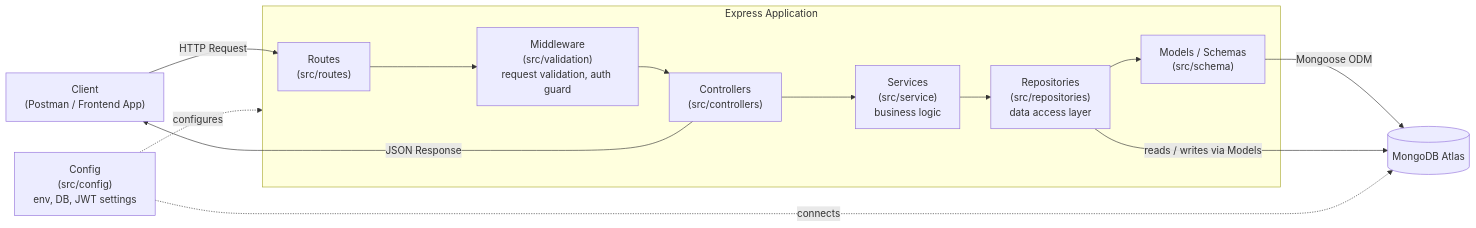
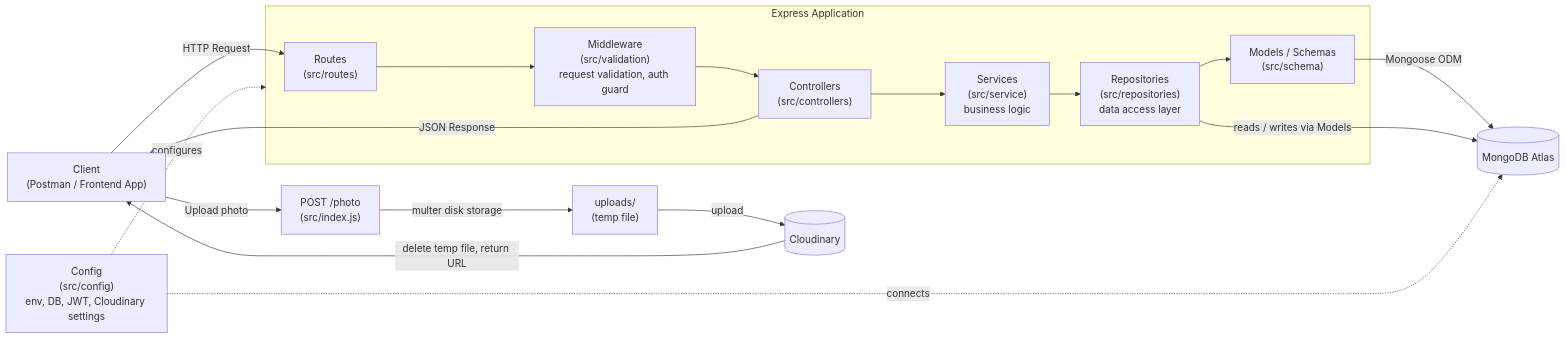
The diagram in README.md (samsang-59/Pizza_APP_BACKEND), drawn with Mermaid before and after one commit. The commit also changed other lines of this file and 9 other files, not shown here.

First line of the commit message:
Add Cloudinary image upload and start Product schema

````diff
--- a/README.md
+++ b/README.md
@@ -35,19 +36,24 @@
 ```mermaid
 flowchart LR
     Client["Client\n(Postman / Frontend App)"] -->|HTTP Request| Routes
 
     subgraph API["Express Application"]
         Routes["Routes\n(src/routes)"] --> Middleware["Middleware\n(src/validation)\nrequest validation, auth guard"]
         Middleware --> Controllers["Controllers\n(src/controllers)"]
         Controllers --> Services["Services\n(src/service)\nbusiness logic"]
         Services --> Repositories["Repositories\n(src/repositories)\ndata access layer"]
         Repositories --> Models["Models / Schemas\n(src/schema)"]
     end
 
     Models -->|Mongoose ODM| DB[("MongoDB Atlas")]
     Repositories -->|reads / writes via Models| DB
-    Config["Config\n(src/config)\nenv, DB, JWT settings"] -.->|configures| API
+    Config["Config\n(src/config)\nenv, DB, JWT, Cloudinary settings"] -.->|configures| API
     Config -.->|connects| DB
+
+    Client -->|"Upload photo"| PhotoUpload["POST /photo\n(src/index.js)"]
+    PhotoUpload -->|multer disk storage| LocalFile["uploads/\n(temp file)"]
+    LocalFile -->|upload| Cloudinary[("Cloudinary")]
+    Cloudinary -->|delete temp file, return URL| Client
 
     Controllers -->|JSON Response| Client
 ```
````
